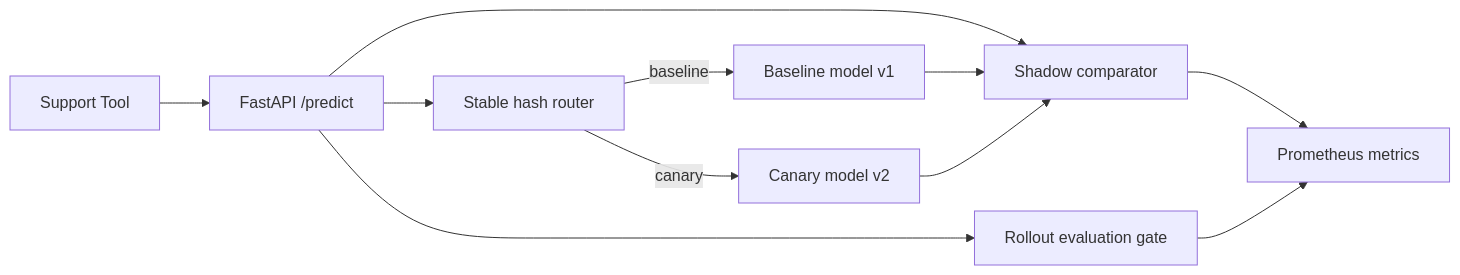
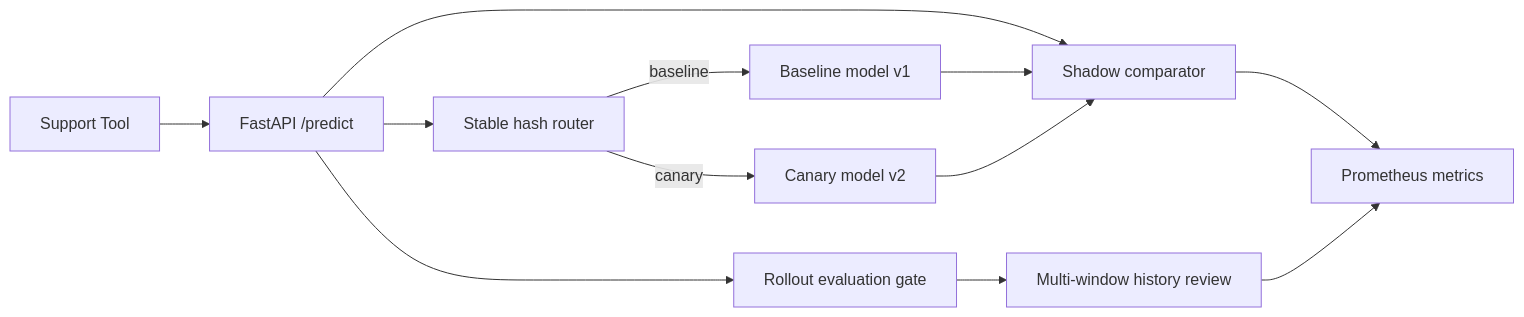
Before and after one commit to Nagadeepak1998/model-serving-canary-platform: the diagram in README.md, drawn with Mermaid. The commit also changed other lines of this file and 14 other files, not shown here.

Commit message:
Add canary rollout history review

````diff
--- a/README.md
+++ b/README.md
@@ -15,13 +16,14 @@
 ```mermaid
 flowchart LR
     Client["Support Tool"] --> API["FastAPI /predict"]
     API --> Router["Stable hash router"]
     Router -->|baseline| Base["Baseline model v1"]
     Router -->|canary| Canary["Canary model v2"]
     API --> Shadow["Shadow comparator"]
     API --> Gate["Rollout evaluation gate"]
+    Gate --> History["Multi-window history review"]
     Base --> Shadow
     Canary --> Shadow
     Shadow --> Metrics["Prometheus metrics"]
-    Gate --> Metrics
+    History --> Metrics
 ```
````
